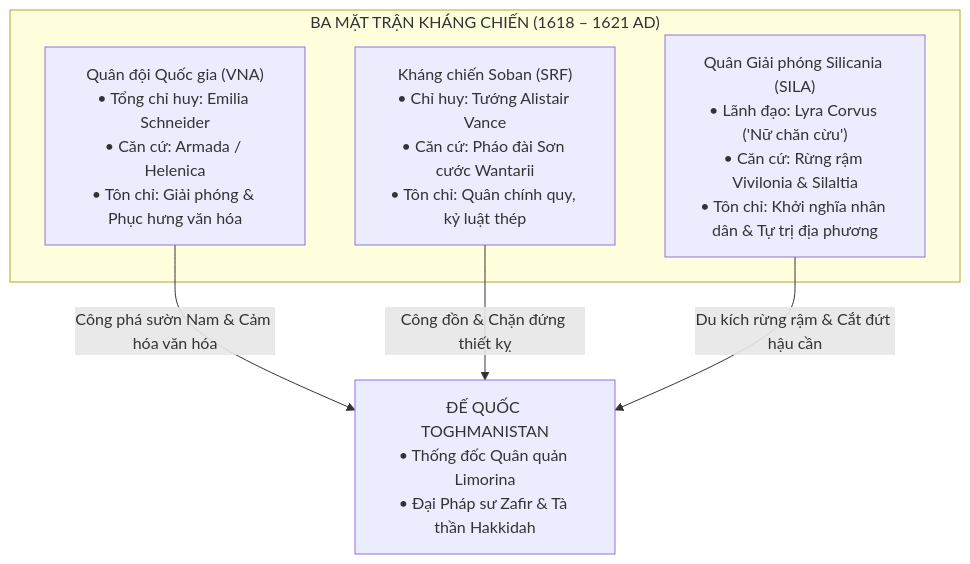
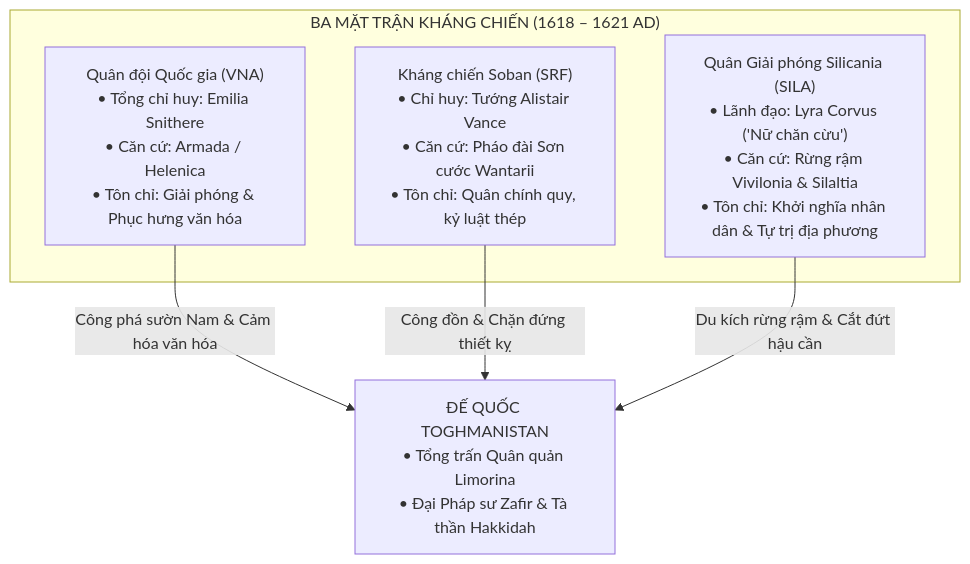
One commit to justlimorina/vitalian-language changed the first of 2 diagrams in docs/historical_backgrounds/vitalia/04-great-restoration-and-republic.md. Above: the diagram before and after it, drawn with Mermaid. The commit also changed other lines of this file and 3 other files, not shown here.

````diff
--- a/docs/historical_backgrounds/vitalia/04-great-restoration-and-republic.md
+++ b/docs/historical_backgrounds/vitalia/04-great-restoration-and-republic.md
@@ -66,14 +78,14 @@
 ```mermaid
 flowchart TD
     subgraph ThreeFronts ["BA MẶT TRẬN KHÁNG CHIẾN (1618 – 1621 AD)"]
-        VNA["Quân đội Quốc gia (VNA)<br>• Tổng chỉ huy: Emilia Schneider<br>• Căn cứ: Armada / Helenica<br>• Tôn chỉ: Giải phóng & Phục hưng văn hóa"]
+        VNA["Quân đội Quốc gia (VNA)<br>• Tổng chỉ huy: Emilia Snithere<br>• Căn cứ: Armada / Helenica<br>• Tôn chỉ: Giải phóng & Phục hưng văn hóa"]
         SRF["Kháng chiến Soban (SRF)<br>• Chỉ huy: Tướng Alistair Vance<br>• Căn cứ: Pháo đài Sơn cước Wantarii<br>• Tôn chỉ: Quân chính quy, kỷ luật thép"]
         SILA["Quân Giải phóng Silicania (SILA)<br>• Lãnh đạo: Lyra Corvus ('Nữ chăn cừu')<br>• Căn cứ: Rừng rậm Vivilonia & Silaltia<br>• Tôn chỉ: Khởi nghĩa nhân dân & Tự trị địa phương"]
     end
 
-    Enemy["ĐẾ QUỐC TOGHMANISTAN<br>• Thống đốc Quân quản Limorina<br>• Đại Pháp sư Zafir & Tà thần Hakkidah"]
+    Enemy["ĐẾ QUỐC TOGHMANISTAN<br>• Tổng trấn Quân quản Limorina<br>• Đại Pháp sư Zafir & Tà thần Hakkidah"]
 
     VNA -->|Công phá sườn Nam & Cảm hóa văn hóa| Enemy
     SRF -->|Công đồn & Chặn đứng thiết kỵ| Enemy
     SILA -->|Du kích rừng rậm & Cắt đứt hậu cần| Enemy
 ```
````
